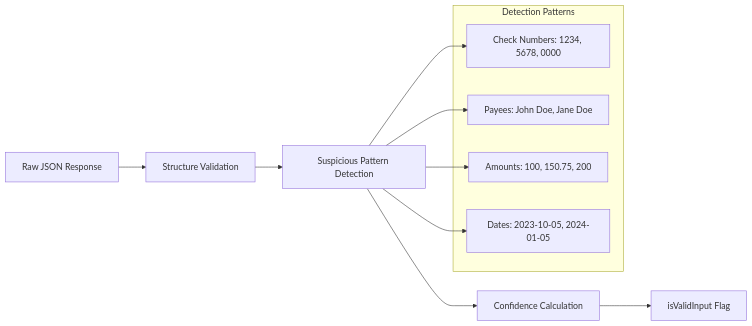
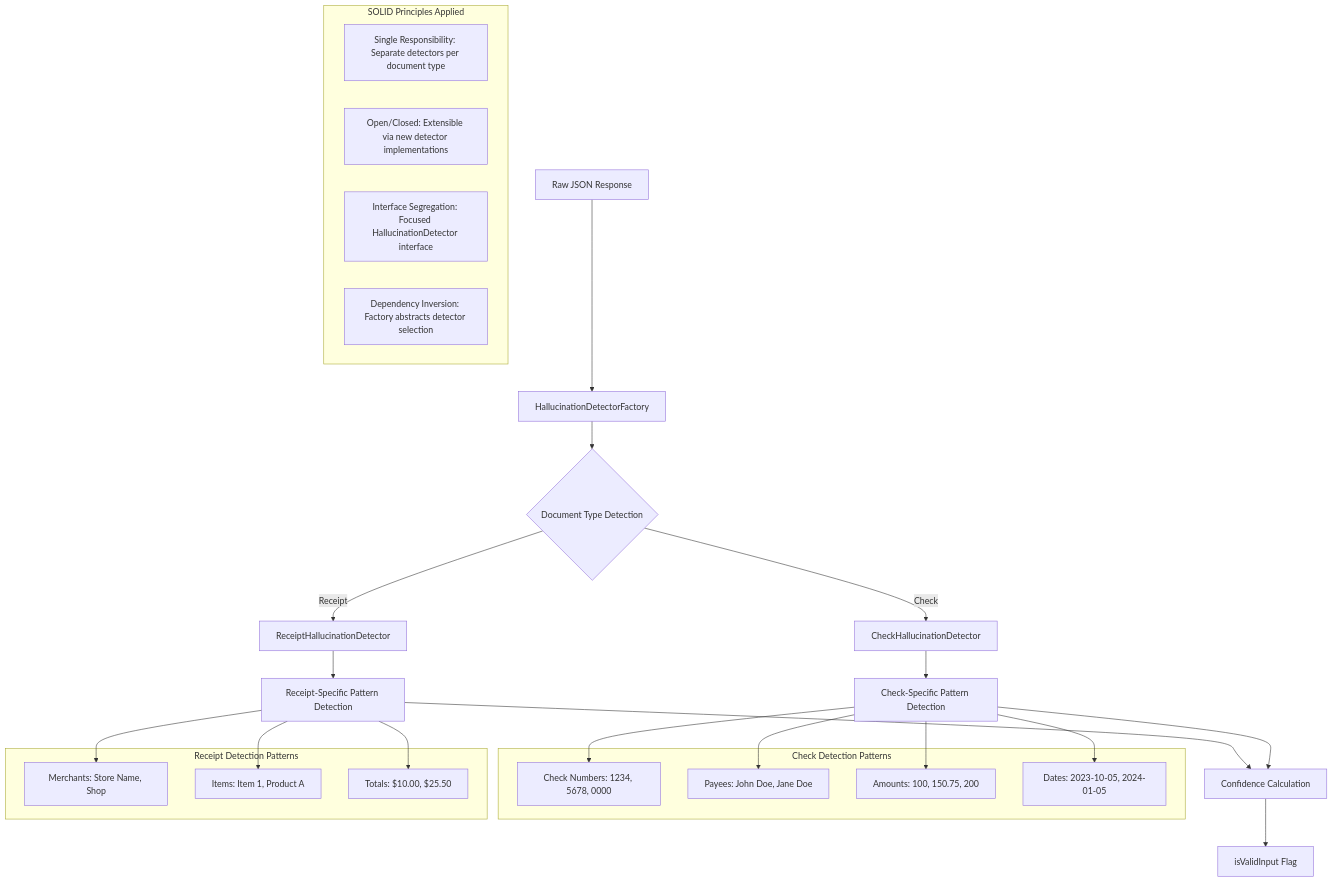
One commit to o2alexanderfedin/OCRChecksServer-demo changed the seventh of 7 diagrams in docs/features/json-extraction/cloudflare-json-extractor-design.md. Above: the diagram before and after it, drawn with Mermaid. The commit also changed other lines of this file and 3 other files, not shown here.

First line of the commit message:
docs: update architecture documentation for SOLID hallucination detection refactoring

````diff
--- a/docs/features/json-extraction/cloudflare-json-extractor-design.md
+++ b/docs/features/json-extraction/cloudflare-json-extractor-design.md
@@ -303,19 +306,40 @@
 ```mermaid
-graph LR
-    A[Raw JSON Response] --> B[Structure Validation]
-    B --> C[Suspicious Pattern Detection]
-    C --> D[Confidence Calculation]
-    D --> E[isValidInput Flag]
+graph TB
+    A[Raw JSON Response] --> B[HallucinationDetectorFactory]
+    B --> C{Document Type Detection}
+    C -->|Check| D[CheckHallucinationDetector]
+    C -->|Receipt| E[ReceiptHallucinationDetector]
+    D --> F[Check-Specific Pattern Detection]
+    E --> G[Receipt-Specific Pattern Detection]
+    F --> H[Confidence Calculation]
+    G --> H
+    H --> I[isValidInput Flag]
     
-    subgraph "Detection Patterns"
-        F[Check Numbers: 1234, 5678, 0000]
-        G[Payees: John Doe, Jane Doe]
-        H[Amounts: 100, 150.75, 200]
-        I[Dates: 2023-10-05, 2024-01-05]
+    subgraph "SOLID Principles Applied"
+        J[Single Responsibility: Separate detectors per document type]
+        K[Open/Closed: Extensible via new detector implementations]
+        L[Interface Segregation: Focused HallucinationDetector interface]
+        M[Dependency Inversion: Factory abstracts detector selection]
     end
     
-    C --> F
-    C --> G
-    C --> H
-    C --> I
+    subgraph "Check Detection Patterns"
+        N[Check Numbers: 1234, 5678, 0000]
+        O[Payees: John Doe, Jane Doe]
+        P[Amounts: 100, 150.75, 200]
+        Q[Dates: 2023-10-05, 2024-01-05]
+    end
+    
+    subgraph "Receipt Detection Patterns"
+        R[Merchants: Store Name, Shop]
+        S[Items: Item 1, Product A]
+        T[Totals: $10.00, $25.50]
+    end
+    
+    F --> N
+    F --> O
+    F --> P
+    F --> Q
+    G --> R
+    G --> S
+    G --> T
 ```
````
